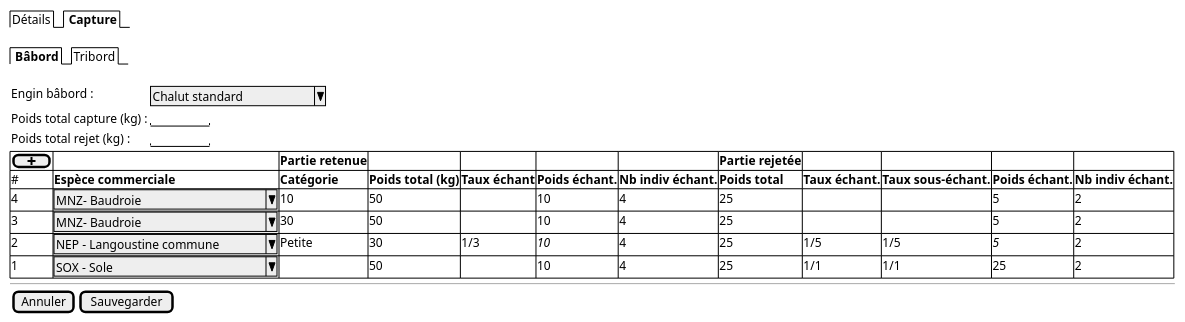
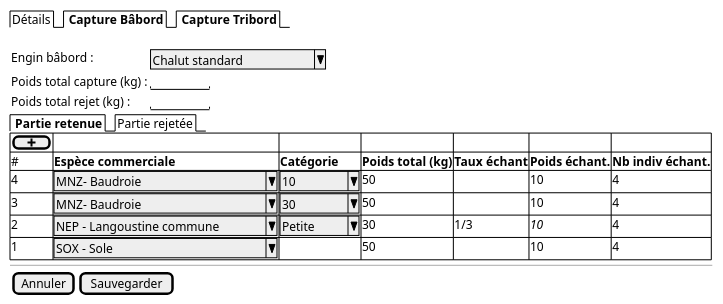
One commit to sumaris-net/sumaris-doc changed the diagram in projects/apase/spe/batch-tabs.puml. Above: the diagram before and after it, drawn with PlantUML. The commit also changed 10 other files, not shown here.

```diff
--- a/projects/apase/spe/batch-tabs.puml
+++ b/projects/apase/spe/batch-tabs.puml
@@ -1,34 +1,30 @@
 @startsalt
 {
 
-  {/  Détails | <b> Capture }
-
-  .
-
-
-  {/ <b> Bâbord | Tribord }
+  {/  Détails | <b> Capture Bâbord | <b> Capture Tribord }
 
   .
 
     {
       Engin bâbord : { ^ Chalut standard    ^ }
       Poids total capture (kg) :  | "       "
       Poids total rejet (kg) :  | "       "
     }
 
+    {/ <b> Partie retenue | Partie rejetée }
 	{#
-      [ <&plus> ] |  .              | <b>Partie retenue  | . | . | . | . | <b>Partie rejetée | . | . | .
-      # | <b>Espèce commerciale     | <b>Catégorie | <b>Poids total (kg)     |  <b>Taux échant  | <b>Poids échant. | <b>Nb indiv échant. | <b>Poids total     |  <b>Taux échant.  | <b>Taux sous-échant.  | <b>Poids échant. | <b>Nb indiv échant.
-      4 | ^MNZ- Baudroie             ^ | 10 |  50   |  .   |   10          | 4 | 25   |  .   | . |   5  | 2
-      3 | ^MNZ- Baudroie             ^ | 30 |  50   |  .   |   10          | 4 | 25   |  .   | . |   5  | 2
-      2 | ^NEP - Langoustine commune ^ | Petite |  30   |  1/3 |   <i>10       | 4 | 25   |  1/5 | 1/5 | <i>5 | 2
-      1 | ^SOX - Sole                ^ | . |  50   |  .   |   10          | 4 | 25   |  1/1 | 1/1 | 25   | 2
+      [ <&plus> ] |  .              | . | . | . | . | .
+      # | <b>Espèce commerciale     | <b>Catégorie | <b>Poids total (kg)     |  <b>Taux échant  | <b>Poids échant. | <b>Nb indiv échant.
+      4 | ^MNZ- Baudroie             ^ | ^     10 ^ |  50   |  .   |   10          | 4
+      3 | ^MNZ- Baudroie             ^ | ^     30 ^ |  50   |  .   |   10          | 4
+      2 | ^NEP - Langoustine commune ^ | ^ Petite ^ |  30   |  1/3 |   <i>10       | 4
+      1 | ^SOX - Sole                ^ | .          |  50   |  .   |   10          | 4
     }
 
   --
 
   {
     [Annuler] | [Sauvegarder]
   }
 }
 @endsalt
```
